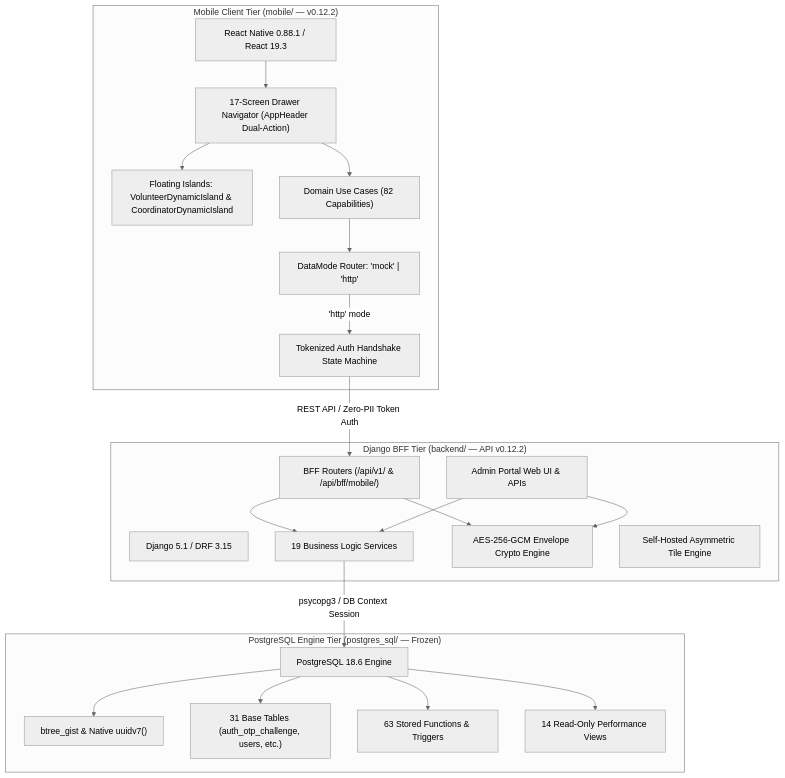
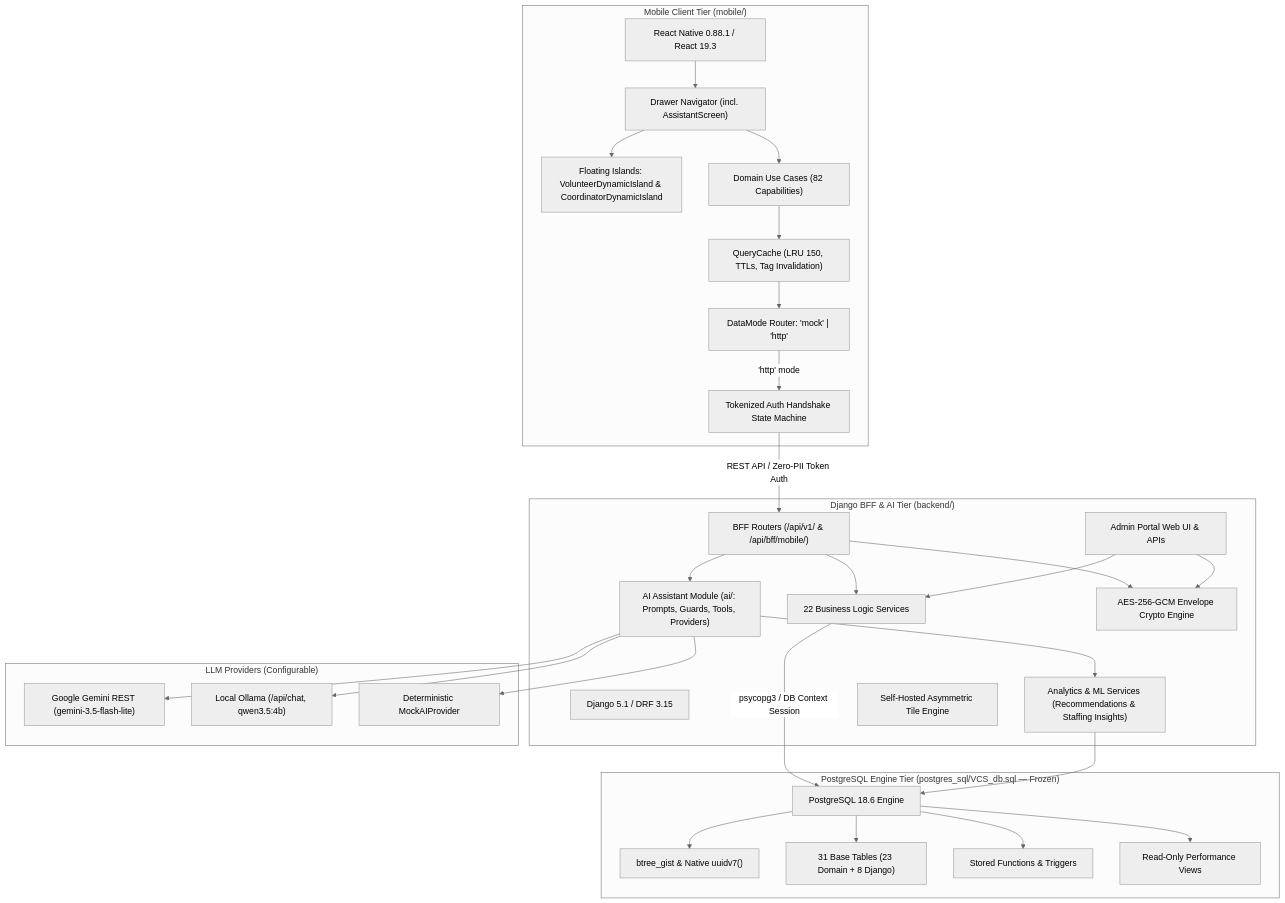
One commit to ThuraAung-Rayaar/Volunteer_Coordination_System changed the diagram in docs/README.md. Above: the diagram before and after it, drawn with Mermaid (neutral theme). The commit also changed other lines of this file and 46 other files, not shown here.

````diff
--- a/docs/README.md
+++ b/docs/README.md
@@ -43,44 +59,60 @@
 ```mermaid
 flowchart TD
-    subgraph ClientTier["Mobile Client Tier (mobile/ — v0.12.2)"]
+    subgraph ClientTier["Mobile Client Tier (mobile/)"]
         RN["React Native 0.88.1 / React 19.3"]
-        NAV["17-Screen Drawer Navigator (AppHeader Dual-Action)"]
+        NAV["Drawer Navigator (incl. AssistantScreen)"]
         ISLANDS["Floating Islands: VolunteerDynamicIsland & CoordinatorDynamicIsland"]
         USE_CASES["Domain Use Cases (82 Capabilities)"]
+        CACHE["QueryCache (LRU 150, TTLs, Tag Invalidation)"]
         DM["DataMode Router: 'mock' | 'http'"]
         AUTH_CLIENT["Tokenized Auth Handshake State Machine"]
     end
 
-    subgraph BackendTier["Django BFF Tier (backend/ — API v0.12.2)"]
+    subgraph BackendTier["Django BFF & AI Tier (backend/)"]
         DRF["Django 5.1 / DRF 3.15"]
         BFF["BFF Routers (/api/v1/ & /api/bff/mobile/)"]
+        AI_MOD["AI Assistant Module (ai/: Prompts, Guards, Tools, Providers)"]
+        ML_SRV["Analytics & ML Services (Recommendations & Staffing Insights)"]
         ADM["Admin Portal Web UI & APIs"]
-        SRV["19 Business Logic Services"]
+        SRV["22 Business Logic Services"]
         CRYPTO["AES-256-GCM Envelope Crypto Engine"]
         MAP_ENG["Self-Hosted Asymmetric Tile Engine"]
     end
 
-    subgraph DatabaseTier["PostgreSQL Engine Tier (postgres_sql/ — Frozen)"]
+    subgraph ExternalAI["LLM Providers (Configurable)"]
+        GEM["Google Gemini REST (gemini-3.5-flash-lite)"]
+        OLL["Local Ollama (/api/chat, qwen3.5:4b)"]
+        MOCK_AI["Deterministic MockAIProvider"]
+    end
+
+    subgraph DatabaseTier["PostgreSQL Engine Tier (postgres_sql/VCS_db.sql — Frozen)"]
         PG["PostgreSQL 18.6 Engine"]
         EXT["btree_gist & Native uuidv7()"]
-        TABLES["31 Base Tables (auth_otp_challenge, users, etc.)"]
-        TRIG["63 Stored Functions & Triggers"]
-        VIEWS["14 Read-Only Performance Views"]
+        TABLES["31 Base Tables (23 Domain + 8 Django)"]
+        TRIG["Stored Functions & Triggers"]
+        VIEWS["Read-Only Performance Views"]
     end
 
     RN --> NAV
     NAV --> ISLANDS
     NAV --> USE_CASES
-    USE_CASES --> DM
-    DM -->|'http' mode| AUTH_CLIENT
+    USE_CASES --> CACHE
+    CACHE --> DM
+    DM -->|"'http' mode"| AUTH_CLIENT
     AUTH_CLIENT -->|REST API / Zero-PII Token Auth| BFF
     BFF --> SRV
+    BFF --> AI_MOD
     BFF --> CRYPTO
+    AI_MOD --> ML_SRV
+    AI_MOD --> GEM
+    AI_MOD --> OLL
+    AI_MOD --> MOCK_AI
     ADM --> SRV
     ADM --> CRYPTO
     SRV -->|psycopg3 / DB Context Session| PG
+    ML_SRV --> PG
     PG --> EXT
     PG --> TABLES
     PG --> TRIG
     PG --> VIEWS
 ```
````
